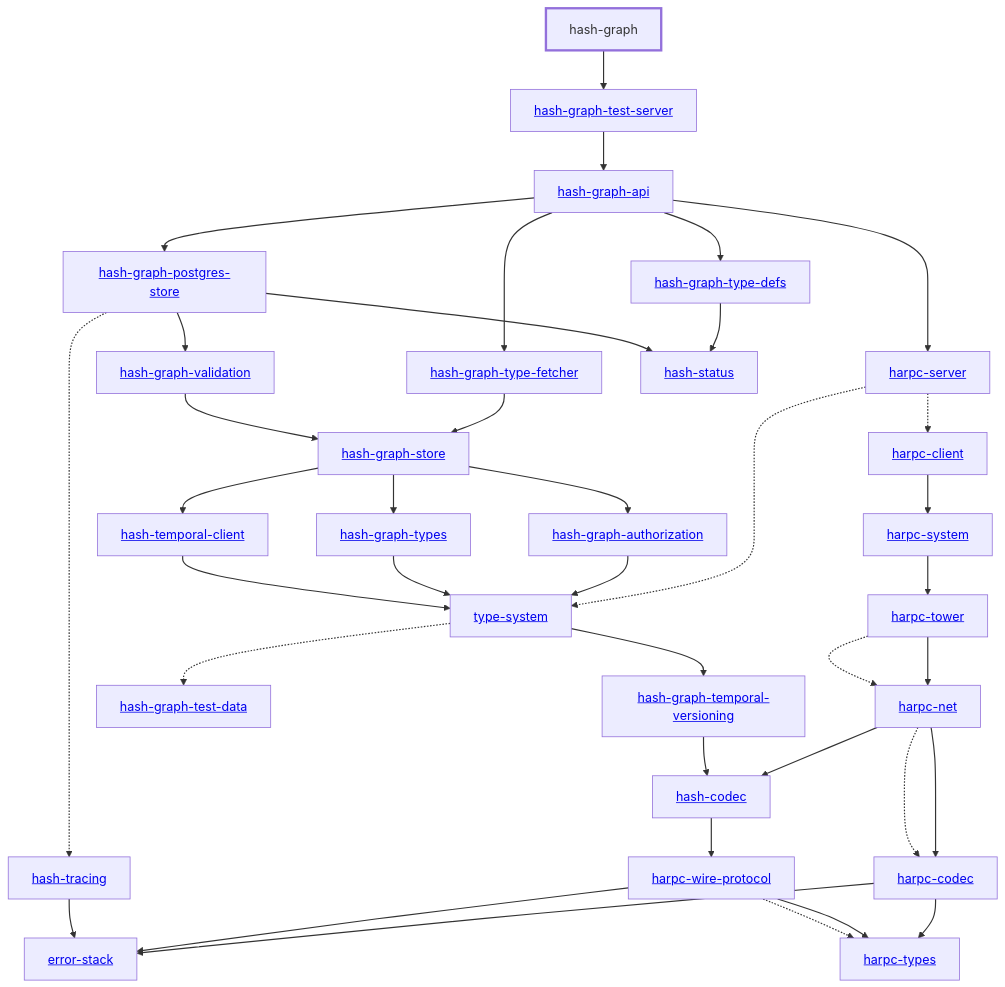
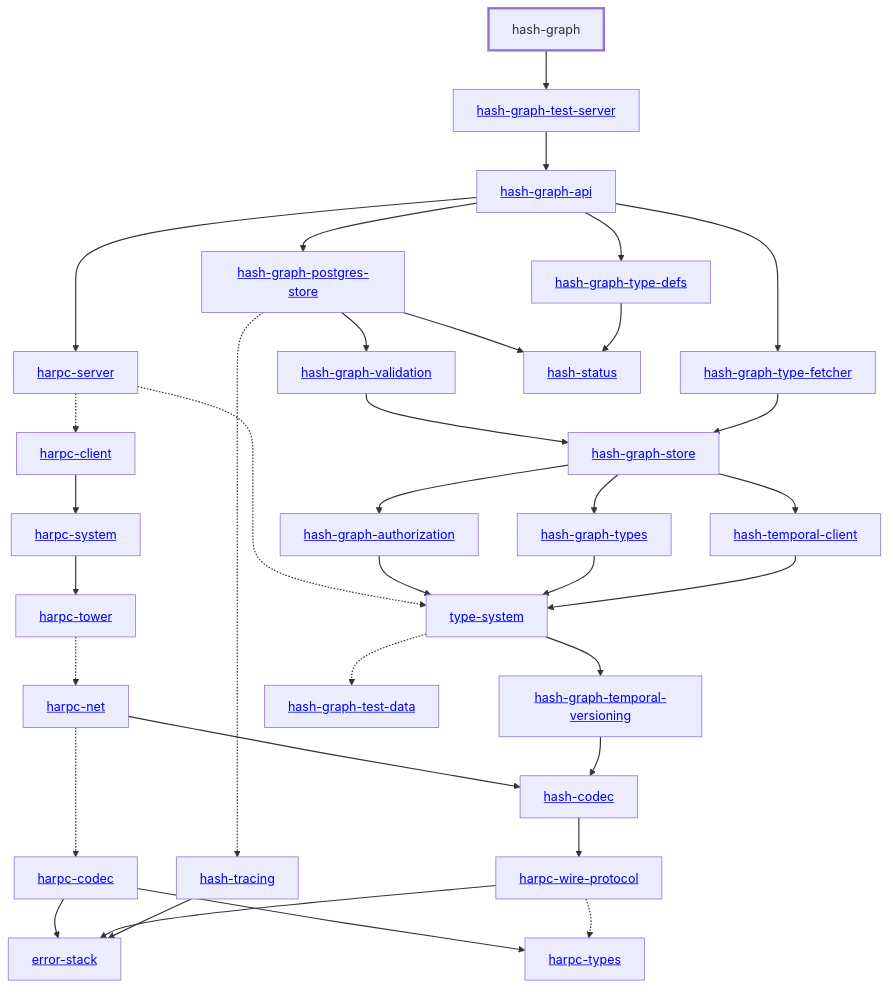
One commit to hashintel/hash changed the diagram in apps/hash-graph/docs/dependency-diagram.mmd. Above: the diagram before and after it, drawn with Mermaid. The commit also changed 5 other files, not shown here.

```diff
--- a/apps/hash-graph/docs/dependency-diagram.mmd
+++ b/apps/hash-graph/docs/dependency-diagram.mmd
@@ -1,74 +1,71 @@
 graph TD
     linkStyle default stroke-width:1.5px
     classDef default stroke-width:1px
     classDef root stroke-width:3px
     classDef dev stroke-width:1px
     classDef build stroke-width:1px
     %% Legend
     %% --> : Normal dependency
     %% -.-> : Dev dependency
     %% ---> : Build dependency
-    0[<a href="../hash_graph_store/index.html">hash-graph-store</a>]
-    1[<a href="../hash_graph_temporal_versioning/index.html">hash-graph-temporal-versioning</a>]
-    2[<a href="../hash_graph_test_data/index.html">hash-graph-test-data</a>]
-    3[<a href="../hash_graph_test_server/index.html">hash-graph-test-server</a>]
-    4[<a href="../hash_graph_type_defs/index.html">hash-graph-type-defs</a>]
-    5[<a href="../hash_graph_type_fetcher/index.html">hash-graph-type-fetcher</a>]
-    6[<a href="../hash_graph_types/index.html">hash-graph-types</a>]
-    7[<a href="../error_stack/index.html">error-stack</a>]
-    8[<a href="../hash_graph_validation/index.html">hash-graph-validation</a>]
-    9[<a href="../harpc_client/index.html">harpc-client</a>]
-    10[<a href="../harpc_codec/index.html">harpc-codec</a>]
-    11[<a href="../harpc_net/index.html">harpc-net</a>]
-    12[<a href="../harpc_server/index.html">harpc-server</a>]
-    13[<a href="../harpc_system/index.html">harpc-system</a>]
-    14[<a href="../harpc_tower/index.html">harpc-tower</a>]
-    15[<a href="../harpc_types/index.html">harpc-types</a>]
-    16[<a href="../harpc_wire_protocol/index.html">harpc-wire-protocol</a>]
-    17[<a href="../hash_codec/index.html">hash-codec</a>]
-    18[hash-graph]
-    class 18 root
-    19[<a href="../hash_graph_api/index.html">hash-graph-api</a>]
-    20[<a href="../hash_graph_authorization/index.html">hash-graph-authorization</a>]
-    21[<a href="../type_system/index.html">type-system</a>]
-    22[<a href="../hash_status/index.html">hash-status</a>]
-    23[<a href="../hash_temporal_client/index.html">hash-temporal-client</a>]
-    24[<a href="../hash_tracing/index.html">hash-tracing</a>]
-    25[<a href="../hash_graph_postgres_store/index.html">hash-graph-postgres-store</a>]
-    4 --> 22
-    5 --> 0
-    9 --> 13
-    10 --> 7
-    10 --> 15
-    11 --> 10
-    11 --> 17
-    11 -.-> 10
-    12 -.-> 9
-    12 -.-> 21
-    13 --> 14
-    14 --> 11
-    14 -.-> 11
-    16 --> 7
-    16 --> 15
-    16 -.-> 15
-    17 --> 16
-    18 --> 3
-    19 --> 12
-    19 --> 25
-    19 --> 4
-    19 --> 5
-    20 --> 21
-    6 --> 21
-    8 --> 0
-    21 -.-> 2
-    23 --> 21
-    21 --> 1
-    24 --> 7
-    25 --> 8
-    25 --> 22
-    25 -.-> 24
-    0 --> 20
-    0 --> 6
-    0 --> 23
-    1 --> 17
-    3 --> 19
+    0[hash-graph]
+    class 0 root
+    8[<a href="../hash_graph_test_server">hash-graph-test-server</a>]
+    3[<a href="../hash_graph_api">hash-graph-api</a>]
+    5[<a href="../hash_graph_postgres_store">hash-graph-postgres-store</a>]
+    23[<a href="../hash_tracing">hash-tracing</a>]
+    10[<a href="../hash_graph_type_fetcher">hash-graph-type-fetcher</a>]
+    12[<a href="../hash_graph_validation">hash-graph-validation</a>]
+    6[<a href="../hash_graph_store">hash-graph-store</a>]
+    22[<a href="../hash_temporal_client">hash-temporal-client</a>]
+    4[<a href="../hash_graph_authorization">hash-graph-authorization</a>]
+    16[<a href="../harpc_server">harpc-server</a>]
+    13[<a href="../harpc_client">harpc-client</a>]
+    17[<a href="../harpc_system">harpc-system</a>]
+    18[<a href="../harpc_tower">harpc-tower</a>]
+    15[<a href="../harpc_net">harpc-net</a>]
+    14[<a href="../harpc_codec">harpc-codec</a>]
+    11[<a href="../hash_graph_types">hash-graph-types</a>]
+    1[<a href="../type_system">type-system</a>]
+    7[<a href="../hash_graph_temporal_versioning">hash-graph-temporal-versioning</a>]
+    2[<a href="../hash_codec">hash-codec</a>]
+    20[<a href="../harpc_wire_protocol">harpc-wire-protocol</a>]
+    24[<a href="../error_stack">error-stack</a>]
+    9[<a href="../hash_graph_type_defs">hash-graph-type-defs</a>]
+    19[<a href="../harpc_types">harpc-types</a>]
+    25[<a href="../hash_graph_test_data">hash-graph-test-data</a>]
+    21[<a href="../hash_status">hash-status</a>]
+    14 --> 24
+    14 --> 19
+    16 -.-> 13
+    15 -.-> 14
+    20 --> 24
+    20 -.-> 19
+    15 --> 2
+    2 --> 20
+    13 --> 17
+    17 --> 18
+    18 -.-> 15
+    16 -.-> 1
+    1 --> 7
+    7 --> 2
+    1 -.-> 25
+    3 --> 16
+    4 --> 1
+    3 --> 5
+    6 --> 4
+    6 --> 11
+    11 --> 1
+    6 --> 22
+    22 --> 1
+    5 --> 12
+    12 --> 6
+    5 --> 21
+    5 -.-> 23
+    23 --> 24
+    3 --> 9
+    9 --> 21
+    3 --> 10
+    10 --> 6
+    0 --> 8
+    8 --> 3
```
